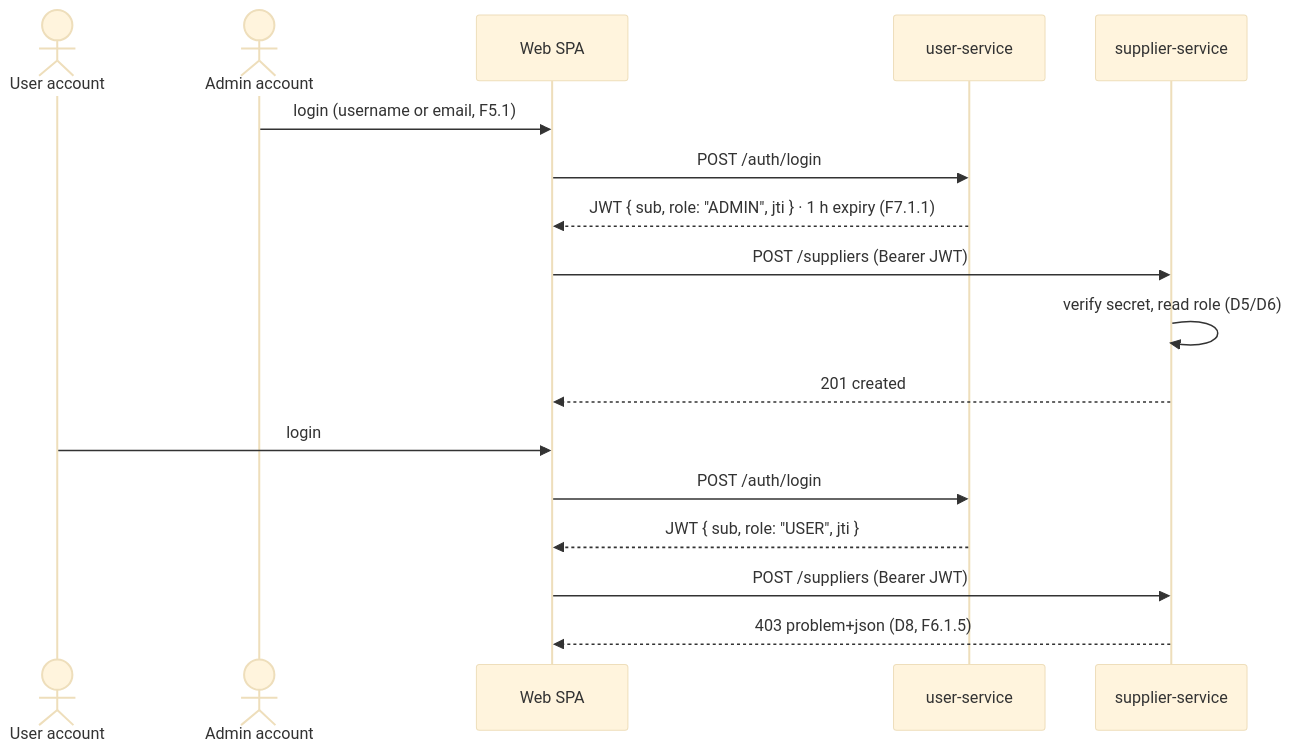
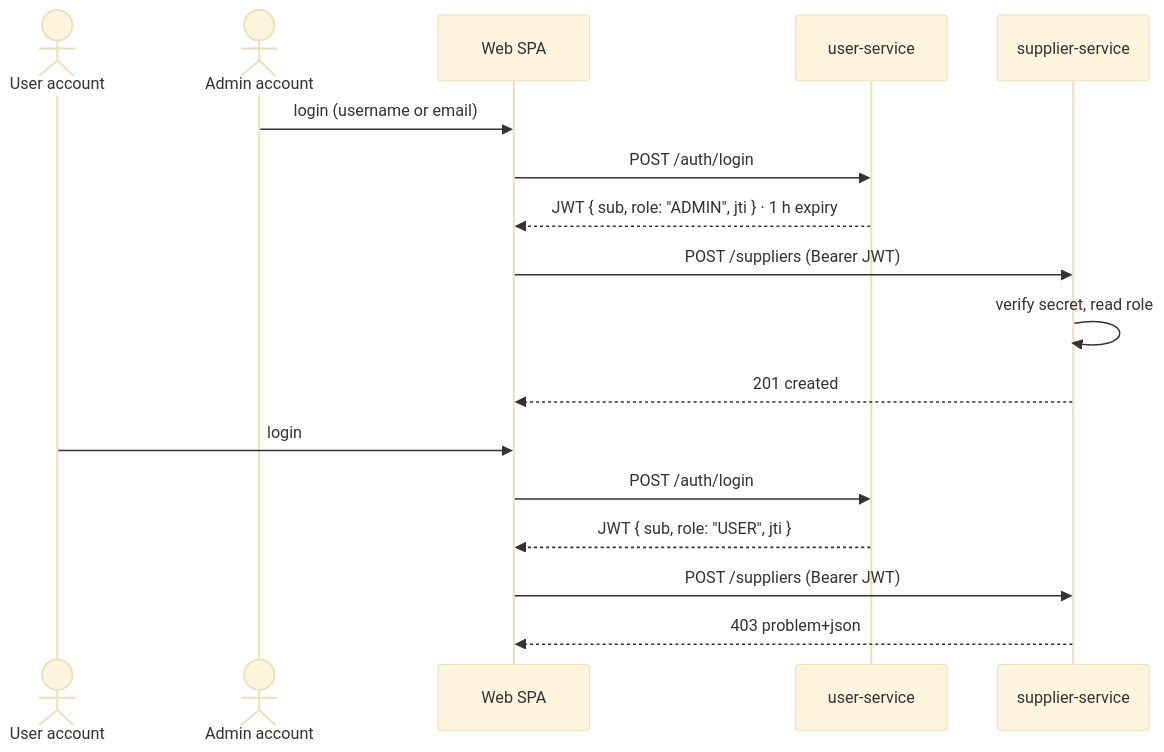
The seventh of 9 diagrams in docs/d2-design.md (AY2627S1-CS3219-P23/foc), drawn with Mermaid (base theme) before and after one commit. The commit also changed other lines of this file and 2 other files, not shown here.

````diff
--- a/docs/d2-design.md
+++ b/docs/d2-design.md
@@ -324,21 +287,21 @@
 ```mermaid
 sequenceDiagram
     actor U as User account
     actor A as Admin account
     participant SPA as Web SPA
     participant US as user-service
     participant SS as supplier-service
 
-    A->>SPA: login (username or email, F5.1)
+    A->>SPA: login (username or email)
     SPA->>US: POST /auth/login
-    US-->>SPA: JWT { sub, role: "ADMIN", jti } · 1 h expiry (F7.1.1)
+    US-->>SPA: JWT { sub, role: "ADMIN", jti } · 1 h expiry
     SPA->>SS: POST /suppliers (Bearer JWT)
-    SS->>SS: verify secret, read role (D5/D6)
+    SS->>SS: verify secret, read role
     SS-->>SPA: 201 created
 
     U->>SPA: login
     SPA->>US: POST /auth/login
     US-->>SPA: JWT { sub, role: "USER", jti }
     SPA->>SS: POST /suppliers (Bearer JWT)
-    SS-->>SPA: 403 problem+json (D8, F6.1.5)
+    SS-->>SPA: 403 problem+json
 ```
````
